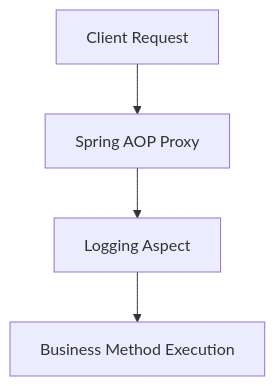
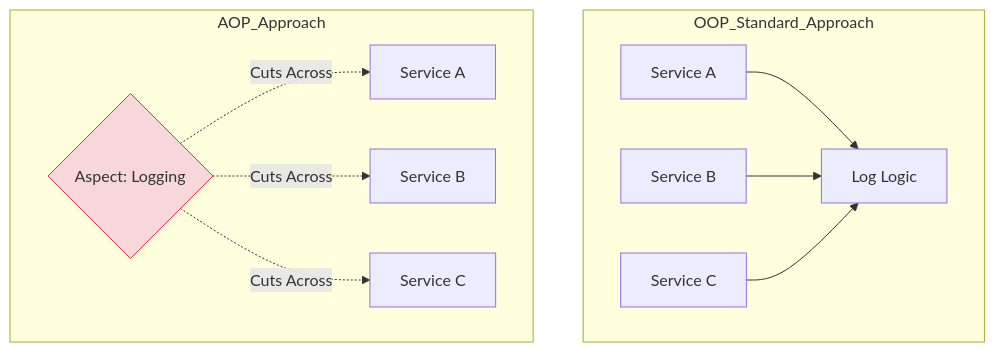
One commit to himwak2001/java-full-stack-interview-questions-answers changed the seventh of 31 diagrams in spring/spring_interview_questions/interview_questions.md. Above: the diagram before and after it, drawn with Mermaid. The commit also changed other lines of this file, not shown here.

````diff
--- a/spring/spring_interview_questions/interview_questions.md
+++ b/spring/spring_interview_questions/interview_questions.md
@@ -518,6 +398,20 @@
   ```mermaid
-  flowchart TD
-    A[Client Request] --> B[Spring AOP Proxy]
-    B --> C[Logging Aspect]
-    C --> D[Business Method Execution]
+  graph TD
+    subgraph OOP_Standard_Approach
+    A[Service A] --> L1[Log Logic]
+    B[Service B] --> L1
+    C[Service C] --> L1
+    end
+
+    subgraph AOP_Approach
+    D[Service A]
+    E[Service B]
+    F[Service C]
+    G{Aspect: Logging}
+    G -.->|Cuts Across| D
+    G -.->|Cuts Across| E
+    G -.->|Cuts Across| F
+    end
+
+    style G fill:#f8d7da,stroke:#dc3545
   ```
````
